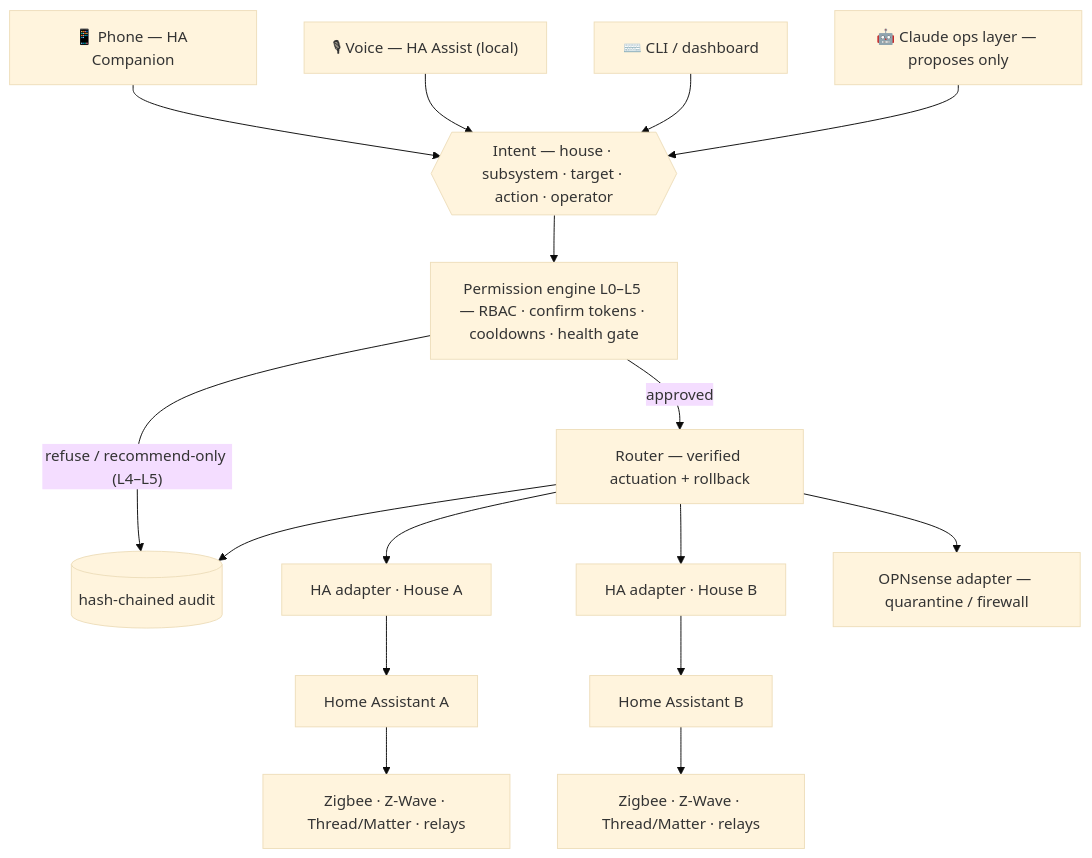
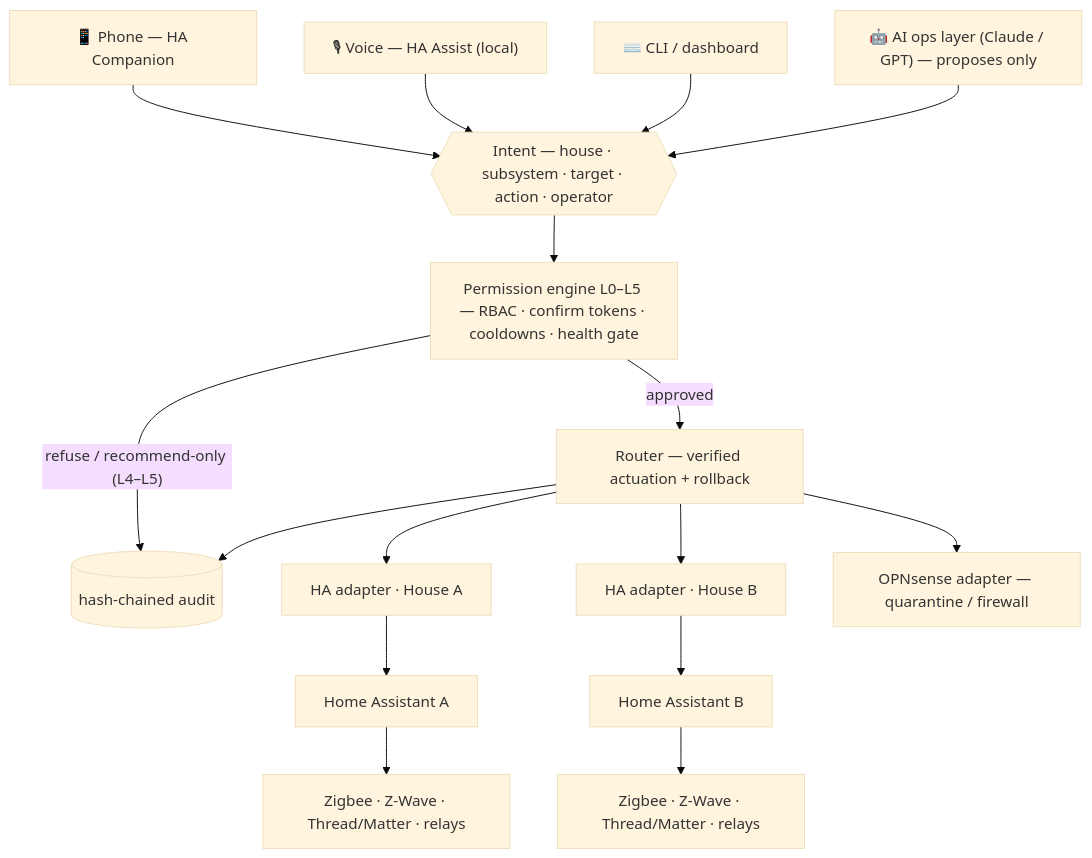
One commit to Cole-Will-I-Am/AI_Smart_Home changed the diagram in README.md. Above: the diagram before and after it, drawn with Mermaid (base theme). The commit also changed other lines of this file and 6 other files, not shown here.

Commit message:
Part 11: model-agnostic providers (Claude native, GPT via chat-completions) — authority proven model-invariant

````diff
--- a/README.md
+++ b/README.md
@@ -38,17 +39,17 @@
 ```mermaid
 flowchart TD
     P["📱 Phone — HA Companion"] --> I
     V["🎙 Voice — HA Assist (local)"] --> I
     C["⌨️ CLI / dashboard"] --> I
-    AI["🤖 Claude ops layer — proposes only"] --> I
+    AI["🤖 AI ops layer (Claude / GPT) — proposes only"] --> I
     I{{"Intent — house · subsystem · target · action · operator"}}
     I --> E["Permission engine L0–L5 — RBAC · confirm tokens · cooldowns · health gate"]
     E -- "refuse / recommend-only (L4–L5)" --> X[("hash-chained audit")]
     E -- approved --> R["Router — verified actuation + rollback"]
     R --> X
     R --> A["HA adapter · House A"]
     R --> B["HA adapter · House B"]
     R --> N["OPNsense adapter — quarantine / firewall"]
     A --> HA1["Home Assistant A"] --> D1["Zigbee · Z-Wave · Thread/Matter · relays"]
     B --> HA2["Home Assistant B"] --> D2["Zigbee · Z-Wave · Thread/Matter · relays"]
 ```
````
